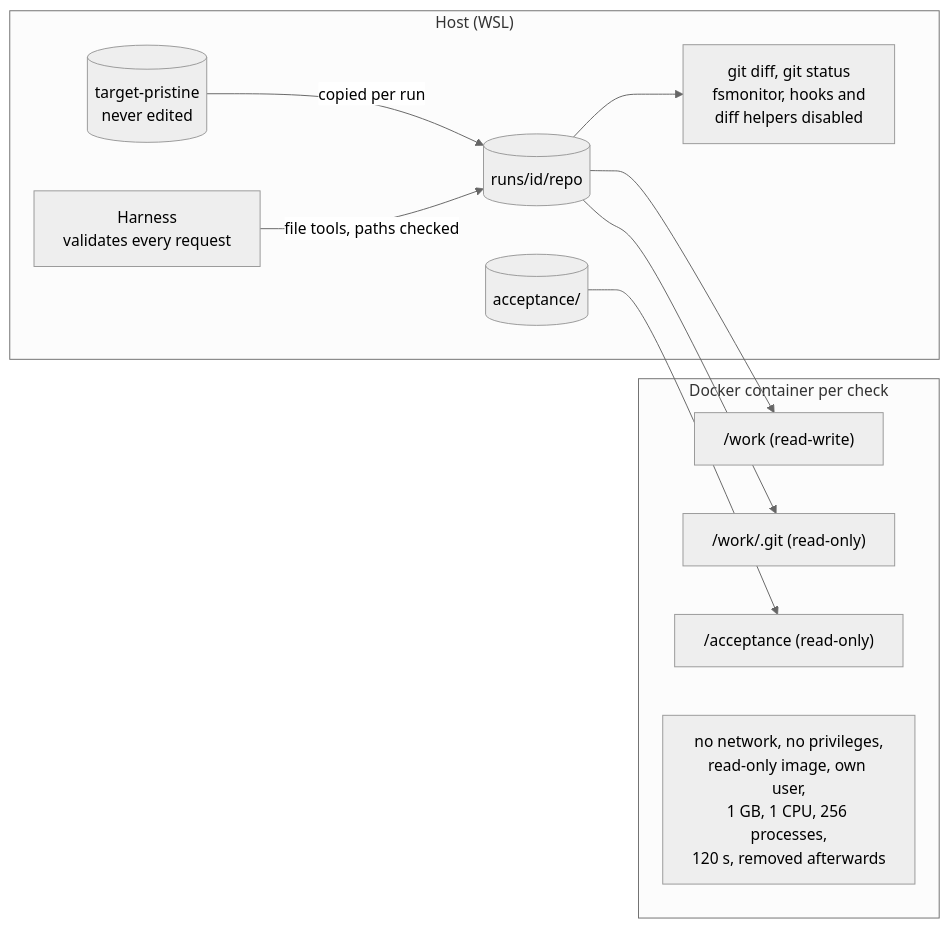
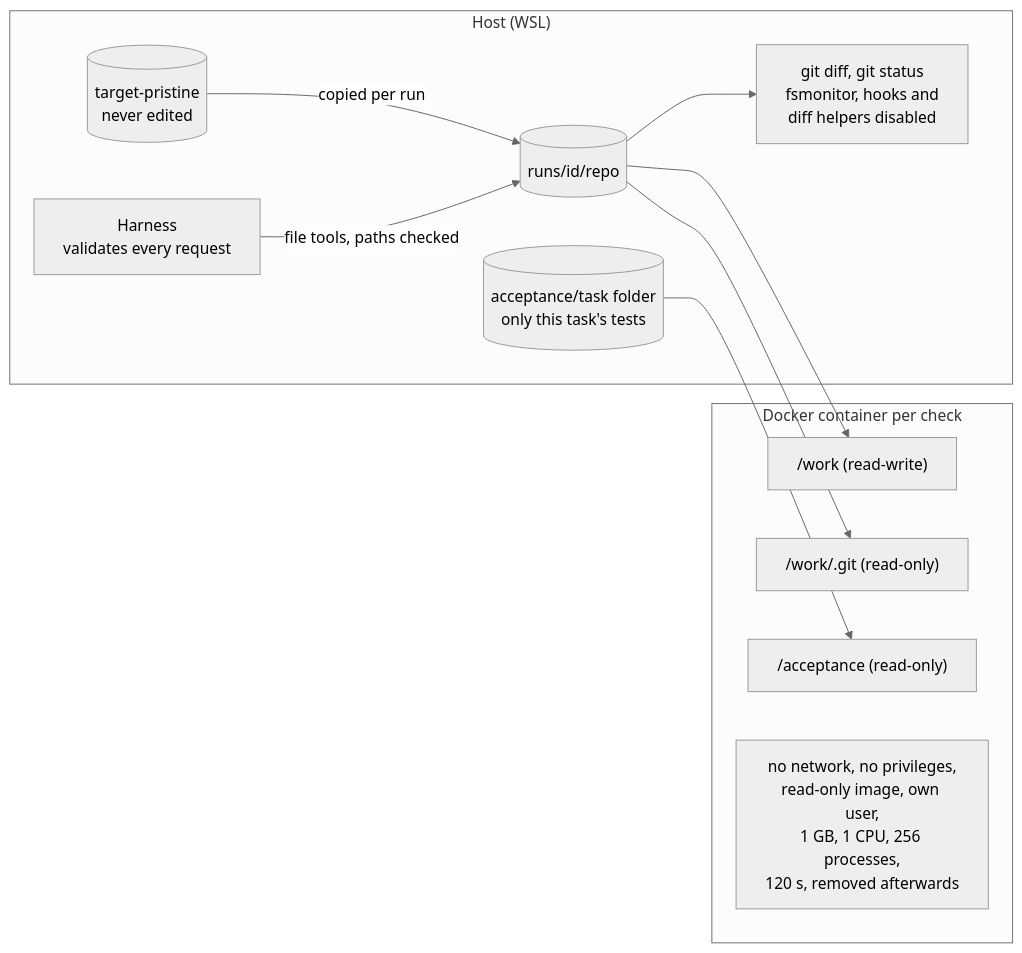
One commit to linda-gan/swe25-aaia-coding-harness changed the fourth of 4 diagrams in README.md. Above: the diagram before and after it, drawn with Mermaid (neutral theme). The commit also changed other lines of this file and 12 other files, not shown here.

Commit message:
Add acceptance folder for each task

````diff
--- a/README.md
+++ b/README.md
@@ -261,22 +263,22 @@
 ```mermaid
 flowchart LR
     subgraph Host["Host (WSL)"]
         Harness["Harness<br/>validates every request"]
         Pristine[("target-pristine<br/>never edited")]
-        Acceptance[("acceptance/")]
+        Acceptance[("acceptance/task folder<br/>only this task's tests")]
         Copy[("runs/id/repo")]
         Git["git diff, git status<br/>fsmonitor, hooks and<br/>diff helpers disabled"]
     end
     subgraph Container["Docker container per check"]
         Work["/work (read-write)"]
         WorkGit["/work/.git (read-only)"]
         AccMount["/acceptance (read-only)"]
         Rules["no network, no privileges,<br/>read-only image, own user,<br/>1 GB, 1 CPU, 256 processes,<br/>120 s, removed afterwards"]
     end
     Pristine -->|"copied per run"| Copy
     Harness -->|"file tools, paths checked"| Copy
     Copy --> Work
     Copy --> WorkGit
     Acceptance --> AccMount
     Copy --> Git
 ```
````
